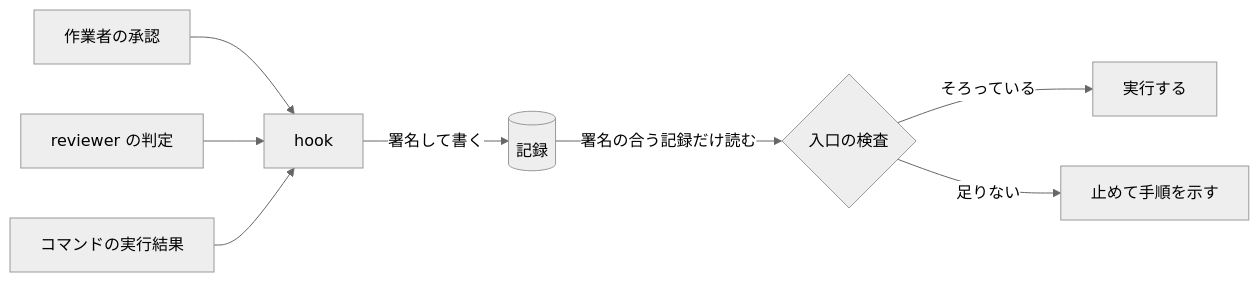
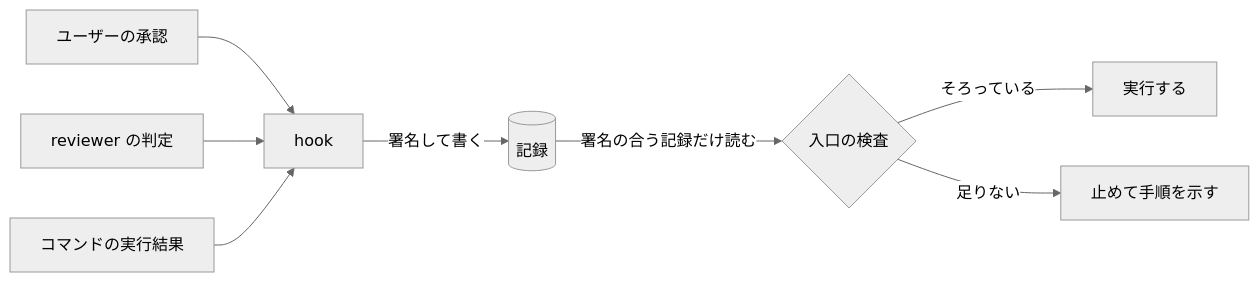
One commit to Hakkadaikon/hymme changed the second of 2 diagrams in README.md. Above: the diagram before and after it, drawn with Mermaid (neutral theme). The commit also changed other lines of this file and 60 other files, not shown here.

````diff
--- a/README.md
+++ b/README.md
@@ -190,10 +190,10 @@
 ```mermaid
 flowchart LR
-    W["作業者の承認"] --> H["hook"]
+    W["ユーザーの承認"] --> H["hook"]
     R["reviewer の判定"] --> H
     X["コマンドの実行結果"] --> H
     H -->|"署名して書く"| L[("記録")]
     L -->|"署名の合う記録だけ読む"| G{"入口の検査"}
     G -->|"そろっている"| P["実行する"]
     G -->|"足りない"| S["止めて手順を示す"]
 ```
````
